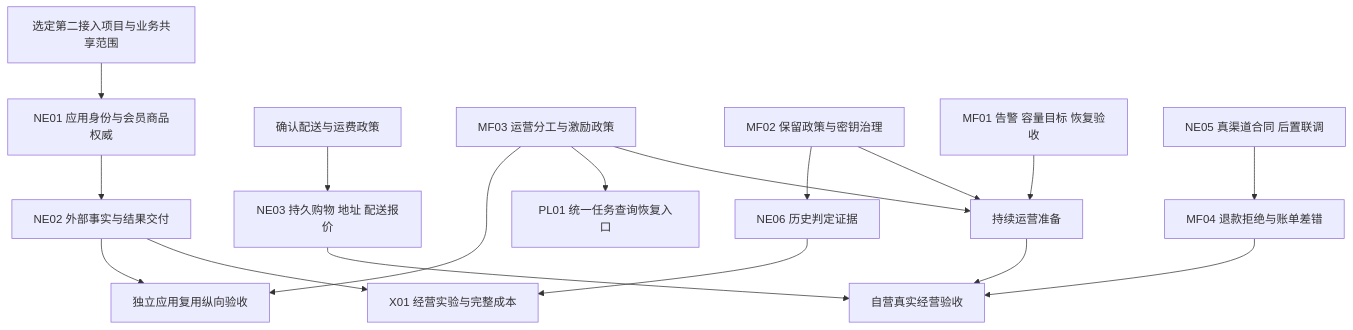
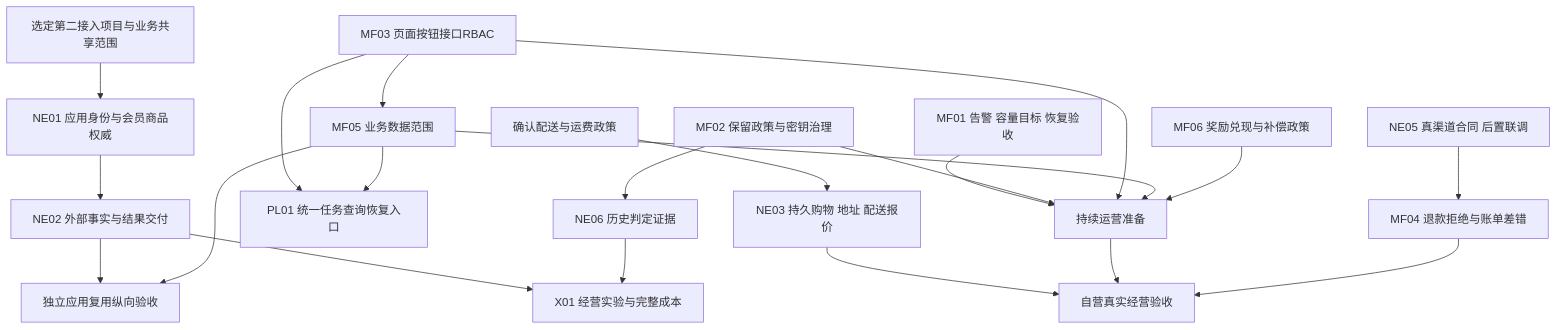
The diagram in .engineering/exploration/EVOLUTION_ROADMAP.md (lirji/commerce-platform), drawn with Mermaid before and after one commit. The commit also changed other lines of this file and 5 other files, not shown here.

````diff
--- a/.engineering/exploration/EVOLUTION_ROADMAP.md
+++ b/.engineering/exploration/EVOLUTION_ROADMAP.md
@@ -24,19 +26,23 @@
 ```mermaid
 flowchart TD
     A[选定第二接入项目与业务共享范围] --> B[NE01 应用身份与会员商品权威]
     B --> C[NE02 外部事实与结果交付]
     C --> D[独立应用复用纵向验收]
     E[确认配送与运费政策] --> F[NE03 持久购物 地址 配送报价]
-    G[MF03 运营分工与激励政策] --> D
+    G[MF03 页面按钮接口RBAC] --> Q[MF05 业务数据范围]
+    Q --> D
     G --> H[PL01 统一任务查询恢复入口]
+    Q --> H
     I[MF02 保留政策与密钥治理] --> J[NE06 历史判定证据]
     K[MF01 告警 容量目标 恢复验收] --> L[持续运营准备]
     I --> L
     G --> L
+    Q --> L
+    R[MF06 奖励兑现与补偿政策] --> L
     M[NE05 真渠道合同 后置联调] --> N[MF04 退款拒绝与账单差错]
     F --> O[自营真实经营验收]
     L --> O
     N --> O
     C --> P[X01 经营实验与完整成本]
     J --> P
 ```
````
